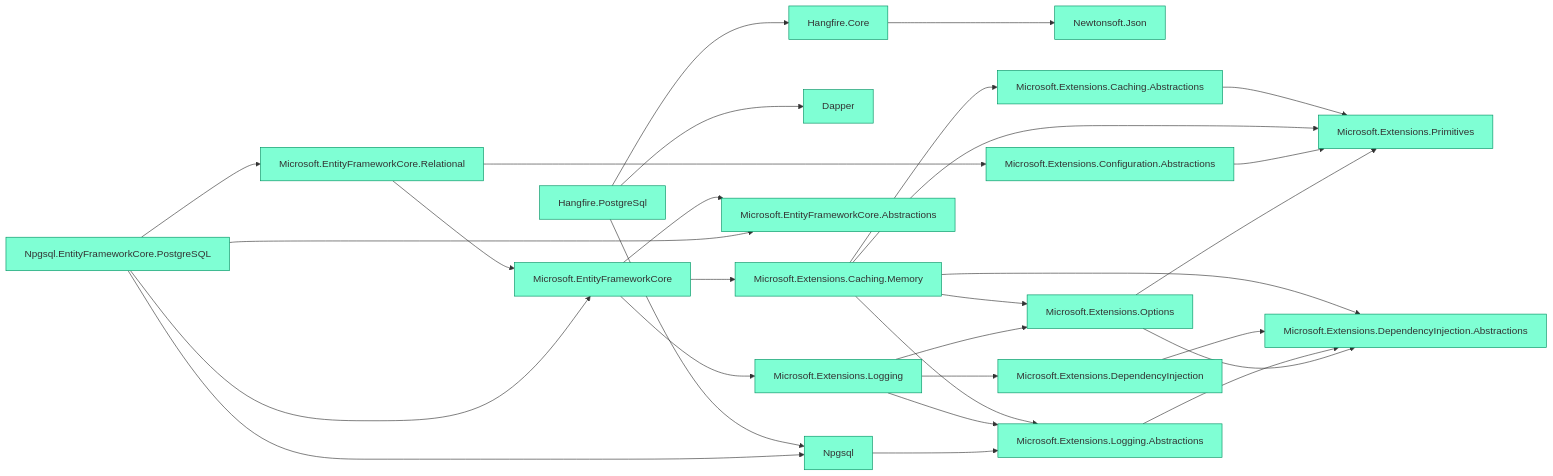
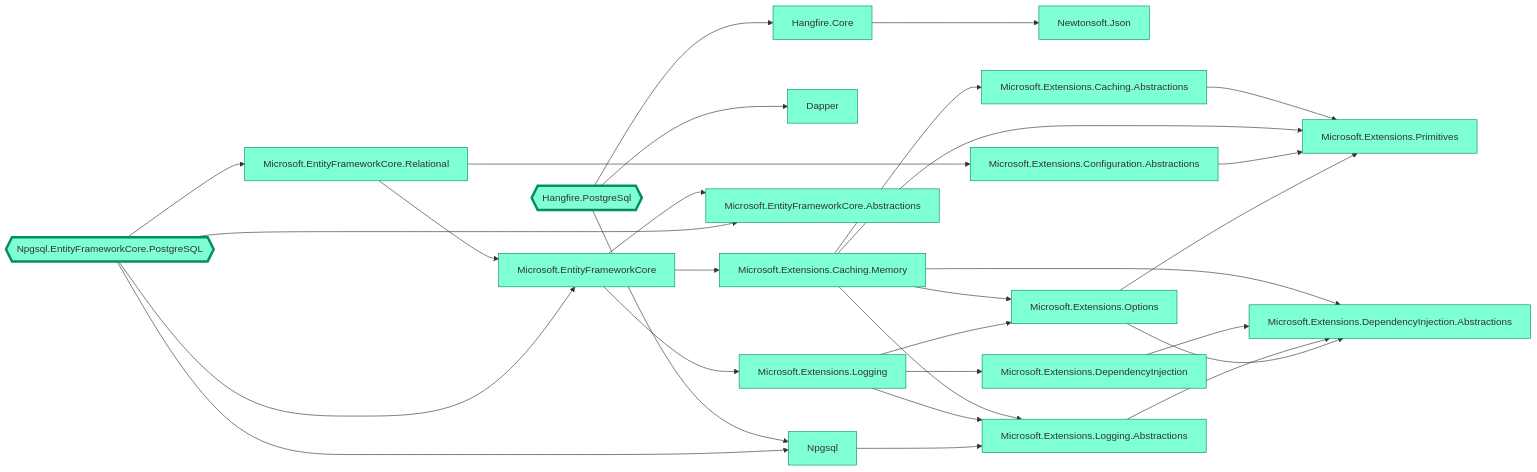
One commit to 0xced/Chisel changed the first of 6 diagrams in README.md. Above: the diagram before and after it, drawn with Mermaid.

Commit message:
Improve the sample dependency graph in the README

````diff
--- a/README.md
+++ b/README.md
@@ -30,34 +30,38 @@
 ```mermaid
 graph LR
 
+classDef root stroke-width:4px
 classDef default fill:aquamarine,stroke:#009061,color:#333333
 
 Hangfire.Core --> Newtonsoft.Json
-Hangfire.PostgreSql --> Dapper
-Hangfire.PostgreSql --> Hangfire.Core
-Hangfire.PostgreSql --> Npgsql
+Hangfire.PostgreSql{{Hangfire.PostgreSql}} --> Dapper
+Hangfire.PostgreSql{{Hangfire.PostgreSql}} --> Hangfire.Core
+Hangfire.PostgreSql{{Hangfire.PostgreSql}} --> Npgsql
 Microsoft.EntityFrameworkCore --> Microsoft.EntityFrameworkCore.Abstractions
 Microsoft.EntityFrameworkCore --> Microsoft.Extensions.Caching.Memory
 Microsoft.EntityFrameworkCore --> Microsoft.Extensions.Logging
 Microsoft.EntityFrameworkCore.Relational --> Microsoft.EntityFrameworkCore
 Microsoft.EntityFrameworkCore.Relational --> Microsoft.Extensions.Configuration.Abstractions
 Microsoft.Extensions.Caching.Abstractions --> Microsoft.Extensions.Primitives
 Microsoft.Extensions.Caching.Memory --> Microsoft.Extensions.Caching.Abstractions
 Microsoft.Extensions.Caching.Memory --> Microsoft.Extensions.DependencyInjection.Abstractions
 Microsoft.Extensions.Caching.Memory --> Microsoft.Extensions.Logging.Abstractions
 Microsoft.Extensions.Caching.Memory --> Microsoft.Extensions.Options
 Microsoft.Extensions.Caching.Memory --> Microsoft.Extensions.Primitives
 Microsoft.Extensions.Configuration.Abstractions --> Microsoft.Extensions.Primitives
 Microsoft.Extensions.DependencyInjection --> Microsoft.Extensions.DependencyInjection.Abstractions
 Microsoft.Extensions.Logging --> Microsoft.Extensions.DependencyInjection
 Microsoft.Extensions.Logging --> Microsoft.Extensions.Logging.Abstractions
 Microsoft.Extensions.Logging --> Microsoft.Extensions.Options
 Microsoft.Extensions.Logging.Abstractions --> Microsoft.Extensions.DependencyInjection.Abstractions
 Microsoft.Extensions.Options --> Microsoft.Extensions.DependencyInjection.Abstractions
 Microsoft.Extensions.Options --> Microsoft.Extensions.Primitives
 Npgsql --> Microsoft.Extensions.Logging.Abstractions
-Npgsql.EntityFrameworkCore.PostgreSQL --> Microsoft.EntityFrameworkCore
-Npgsql.EntityFrameworkCore.PostgreSQL --> Microsoft.EntityFrameworkCore.Abstractions
-Npgsql.EntityFrameworkCore.PostgreSQL --> Microsoft.EntityFrameworkCore.Relational
-Npgsql.EntityFrameworkCore.PostgreSQL --> Npgsql
+Npgsql.EntityFrameworkCore.PostgreSQL{{Npgsql.EntityFrameworkCore.PostgreSQL}} --> Microsoft.EntityFrameworkCore
+Npgsql.EntityFrameworkCore.PostgreSQL{{Npgsql.EntityFrameworkCore.PostgreSQL}} --> Microsoft.EntityFrameworkCore.Abstractions
+Npgsql.EntityFrameworkCore.PostgreSQL{{Npgsql.EntityFrameworkCore.PostgreSQL}} --> Microsoft.EntityFrameworkCore.Relational
+Npgsql.EntityFrameworkCore.PostgreSQL{{Npgsql.EntityFrameworkCore.PostgreSQL}} --> Npgsql
+
+class Hangfire.PostgreSql root
+class Npgsql.EntityFrameworkCore.PostgreSQL root
 ```
````
